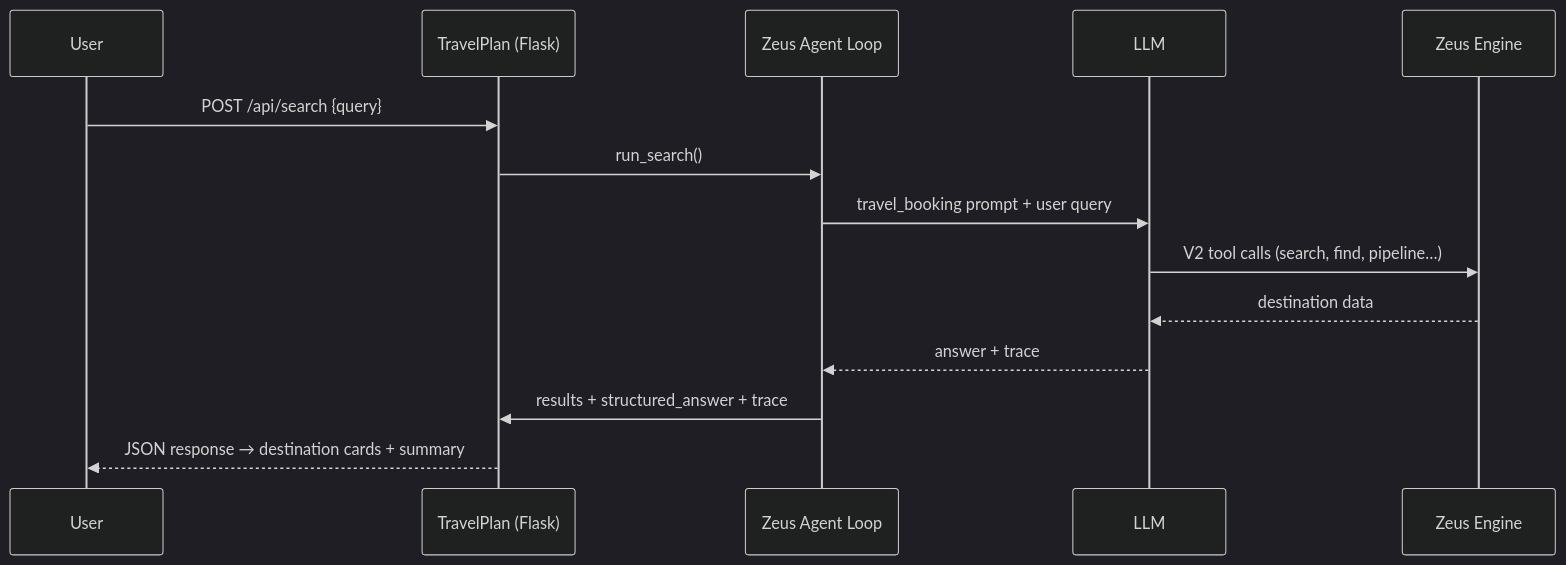
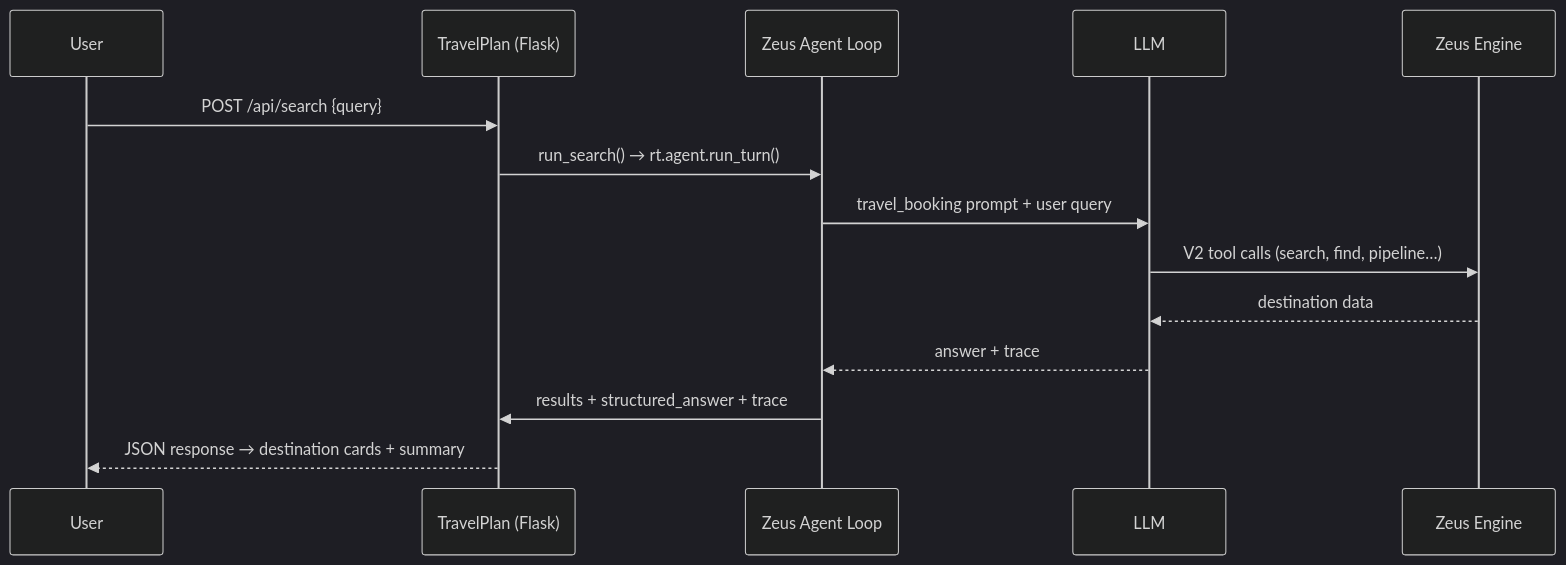
The diagram in README.md (koten-ai/demo_travel_sample), drawn with Mermaid (dark theme) before and after one commit. The commit also changed other lines of this file and 54 other files, not shown here.

````diff
--- a/README.md
+++ b/README.md
@@ -20,17 +20,17 @@
 ```mermaid
 sequenceDiagram
     participant User
     participant Flask as TravelPlan (Flask)
     participant Agent as Zeus Agent Loop
     participant LLM
     participant Zeus as Zeus Engine
 
     User->>Flask: POST /api/search {query}
-    Flask->>Agent: run_search()
+    Flask->>Agent: run_search() → rt.agent.run_turn()
     Agent->>LLM: travel_booking prompt + user query
     LLM->>Zeus: V2 tool calls (search, find, pipeline…)
     Zeus-->>LLM: destination data
     LLM-->>Agent: answer + trace
     Agent->>Flask: results + structured_answer + trace
     Flask-->>User: JSON response → destination cards + summary
 ```
````
